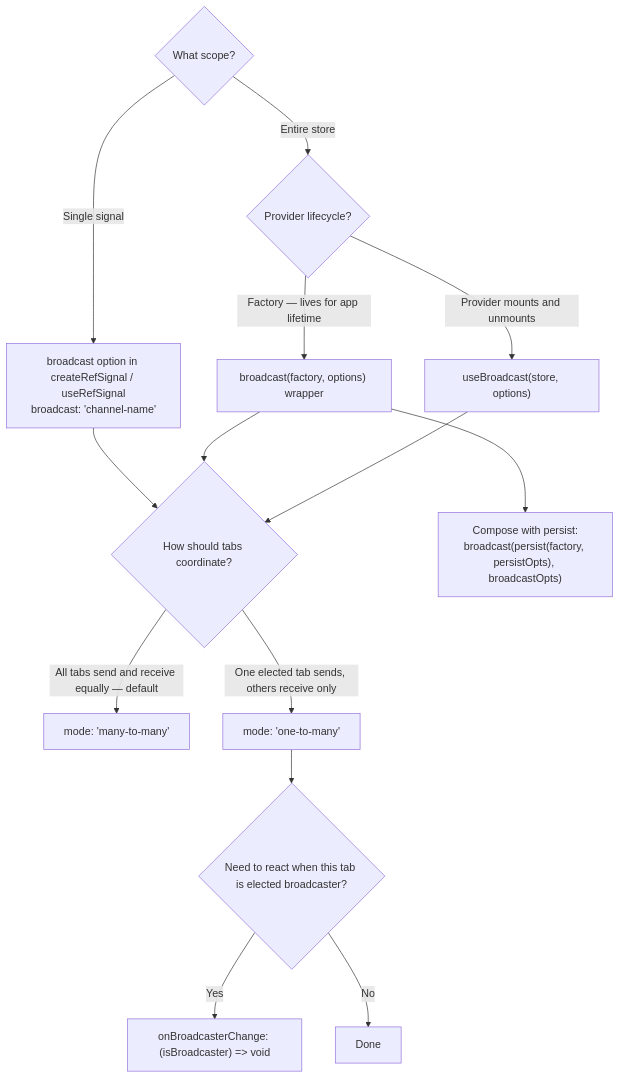
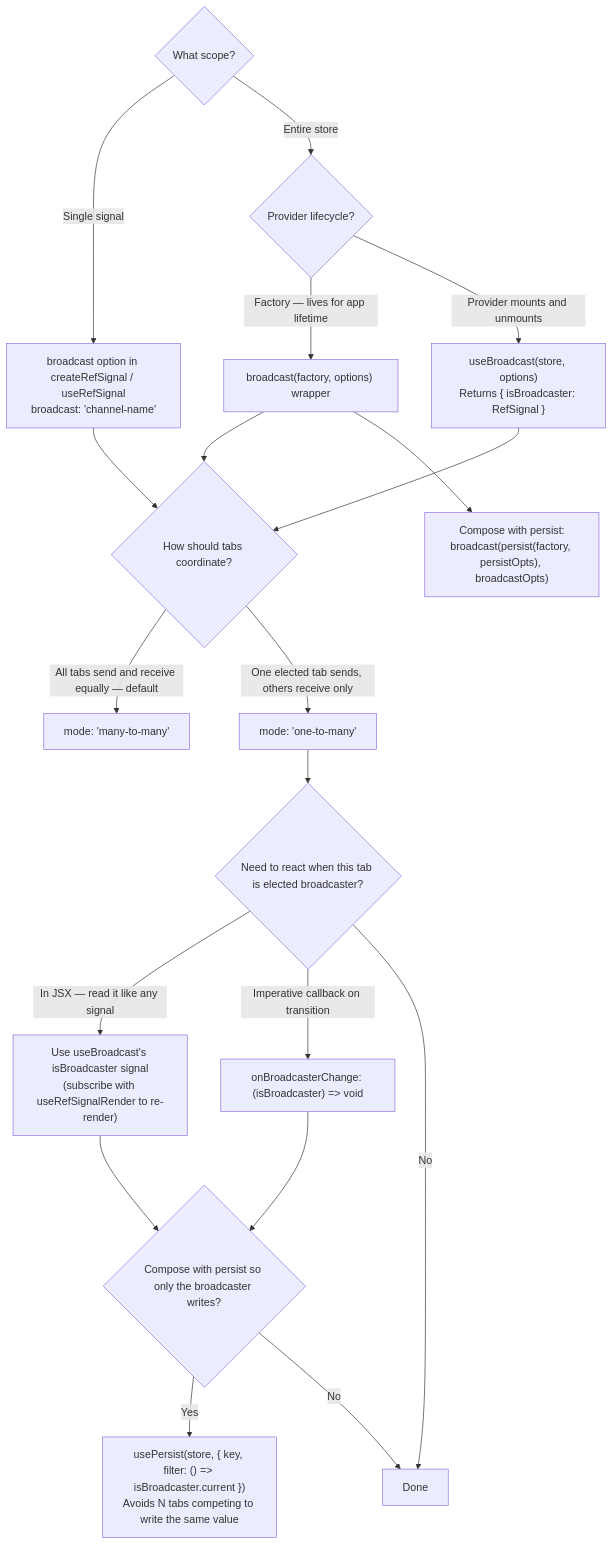
One commit to jav974/react-refsignal changed diagram 11 of 11 in docs/decision-tree.md. Above: the diagram before and after it, drawn with Mermaid. The commit also changed other lines of this file, not shown here.

Commit message:
docs: update imperative-renderers example

````diff
--- a/docs/decision-tree.md
+++ b/docs/decision-tree.md
@@ -200,20 +255,25 @@
 ```mermaid
 flowchart TD
     Q1{"What scope?"}
 
     Q1 -->|Single signal| A["broadcast option in createRefSignal / useRefSignal\nbroadcast: 'channel-name'"]
     Q1 -->|Entire store| Q2{"Provider lifecycle?"}
 
     Q2 -->|"Factory — lives for app lifetime"| B["broadcast(factory, options) wrapper"]
-    Q2 -->|Provider mounts and unmounts| C["useBroadcast(store, options)"]
+    Q2 -->|Provider mounts and unmounts| C["useBroadcast(store, options)\nReturns { isBroadcaster: RefSignal<boolean> }"]
 
     A & B & C --> Q3{"How should tabs coordinate?"}
     Q3 -->|"All tabs send and receive equally — default"| D["mode: 'many-to-many'"]
     Q3 -->|"One elected tab sends, others receive only"| E["mode: 'one-to-many'"]
 
     E --> Q4{"Need to react when this tab is elected broadcaster?"}
-    Q4 -->|Yes| F["onBroadcasterChange: (isBroadcaster) => void"]
+    Q4 -->|"In JSX — read it like any signal"| F1["Use useBroadcast's isBroadcaster signal\n(subscribe with useRefSignalRender to re-render)"]
+    Q4 -->|"Imperative callback on transition"| F2["onBroadcasterChange: (isBroadcaster) => void"]
     Q4 -->|No| G[Done]
+
+    F1 & F2 --> Q5{"Compose with persist so only the broadcaster writes?"}
+    Q5 -->|Yes| P["usePersist(store, { key, filter: () => isBroadcaster.current })\nAvoids N tabs competing to write the same value"]
+    Q5 -->|No| G
 
     B --> H["Compose with persist:\nbroadcast(persist(factory, persistOpts), broadcastOpts)"]
 ```
````
